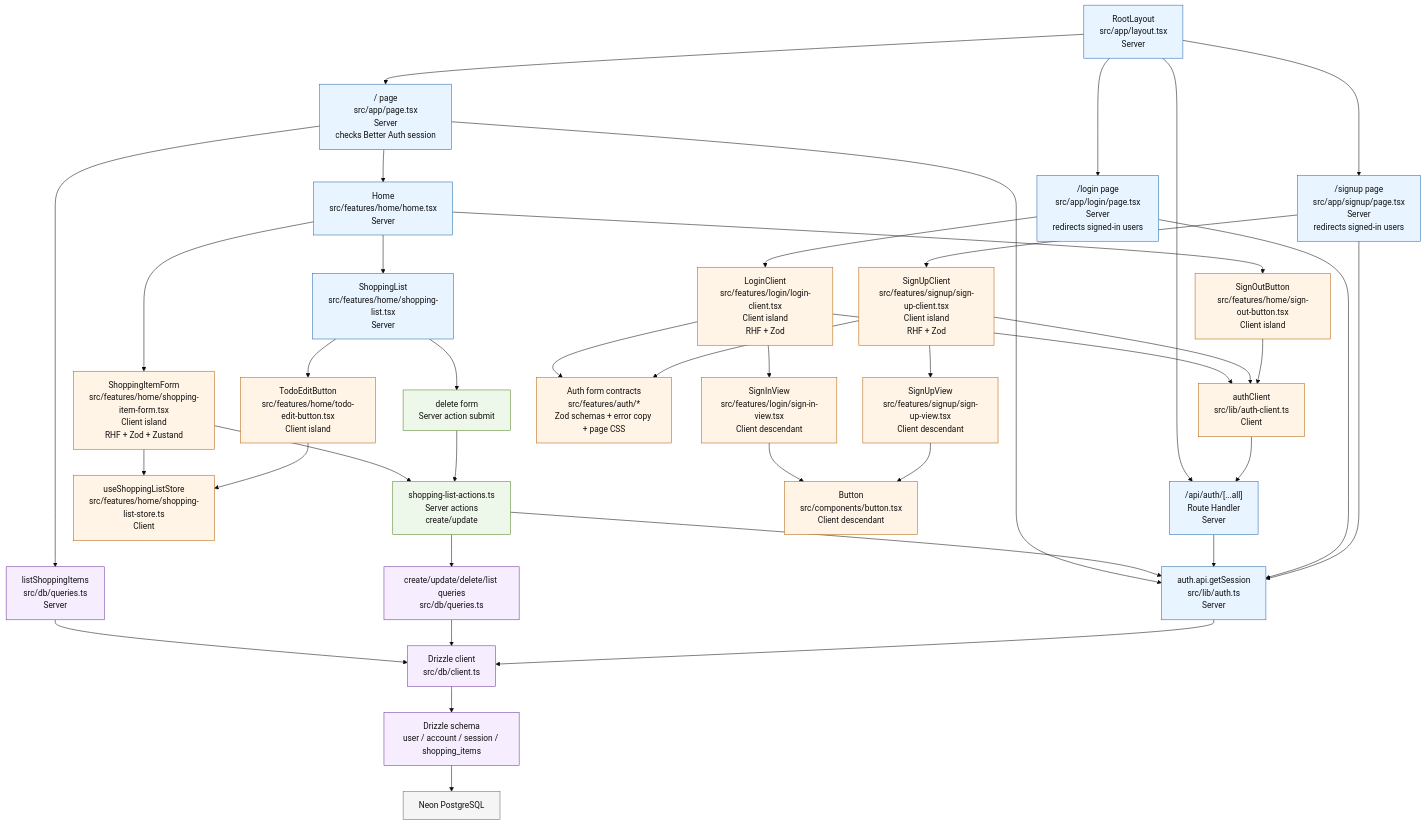
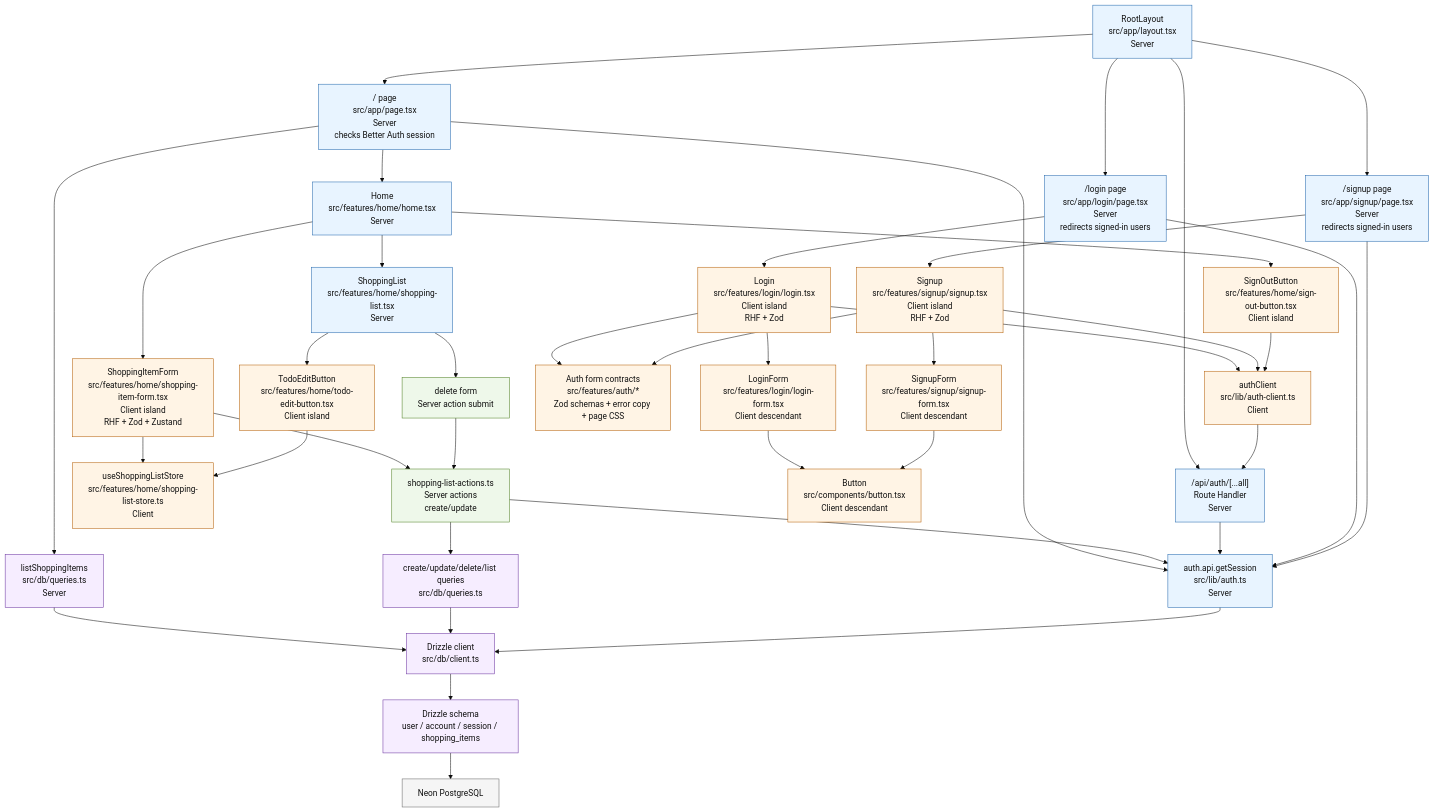
Before and after one commit to mirzaianov/shopping-list: the diagram in .agents/project-files/architecture/component-composition.md, drawn with Mermaid (base theme). The commit also changed 16 other files, not shown here.

Commit message:
refactor(SHL-6): Rename auth forms and view styles

````diff
--- a/.agents/project-files/architecture/component-composition.md
+++ b/.agents/project-files/architecture/component-composition.md
@@ -1,61 +1,61 @@
 ```mermaid
 flowchart TD
   %% Current Next.js App Router component composition.
   %% Blue = Server Component / server code, Orange = Client Component, Green = server action, Purple = data layer.
 
   Root["RootLayout<br/>src/app/layout.tsx<br/>Server"]:::server
 
   Root --> HomeRoute["/ page<br/>src/app/page.tsx<br/>Server<br/>checks Better Auth session"]:::server
   Root --> LoginRoute["/login page<br/>src/app/login/page.tsx<br/>Server<br/>redirects signed-in users"]:::server
   Root --> SignUpRoute["/signup page<br/>src/app/signup/page.tsx<br/>Server<br/>redirects signed-in users"]:::server
   Root --> AuthRoute["/api/auth/[...all]<br/>Route Handler<br/>Server"]:::server
 
   HomeRoute --> AuthServer["auth.api.getSession<br/>src/lib/auth.ts<br/>Server"]:::server
   HomeRoute --> ListQuery["listShoppingItems<br/>src/db/queries.ts<br/>Server"]:::data
   HomeRoute --> Home["Home<br/>src/features/home/home.tsx<br/>Server"]:::server
 
   Home --> SignOutButton["SignOutButton<br/>src/features/home/sign-out-button.tsx<br/>Client island"]:::client
   Home --> ShoppingItemForm["ShoppingItemForm<br/>src/features/home/shopping-item-form.tsx<br/>Client island<br/>RHF + Zod + Zustand"]:::client
   Home --> ShoppingList["ShoppingList<br/>src/features/home/shopping-list.tsx<br/>Server"]:::server
 
   ShoppingItemForm --> Store["useShoppingListStore<br/>src/features/home/shopping-list-store.ts<br/>Client"]:::client
   ShoppingItemForm --> ItemActions["shopping-list-actions.ts<br/>Server actions<br/>create/update"]:::action
 
   ShoppingList --> TodoEditButton["TodoEditButton<br/>src/features/home/todo-edit-button.tsx<br/>Client island"]:::client
   ShoppingList --> DeleteForm["delete form<br/>Server action submit"]:::action
   DeleteForm --> ItemActions
   TodoEditButton --> Store
 
   ItemActions --> AuthServer
   ItemActions --> Queries["create/update/delete/list queries<br/>src/db/queries.ts"]:::data
   ListQuery --> DbClient["Drizzle client<br/>src/db/client.ts"]:::data
   Queries --> DbClient
   AuthServer --> DbClient
   AuthRoute --> AuthServer
 
   DbClient --> Schema["Drizzle schema<br/>user / account / session / shopping_items"]:::data
   Schema --> Neon["Neon PostgreSQL"]:::external
 
   LoginRoute --> AuthServer
-  LoginRoute --> LoginClient["LoginClient<br/>src/features/login/login-client.tsx<br/>Client island<br/>RHF + Zod"]:::client
-  LoginClient --> SignInView["SignInView<br/>src/features/login/sign-in-view.tsx<br/>Client descendant"]:::client
-  LoginClient --> AuthForms["Auth form contracts<br/>src/features/auth/*<br/>Zod schemas + error copy + page CSS"]:::client
-  LoginClient --> AuthClient["authClient<br/>src/lib/auth-client.ts<br/>Client"]:::client
+  LoginRoute --> Login["Login<br/>src/features/login/login.tsx<br/>Client island<br/>RHF + Zod"]:::client
+  Login --> LoginForm["LoginForm<br/>src/features/login/login-form.tsx<br/>Client descendant"]:::client
+  Login --> AuthForms["Auth form contracts<br/>src/features/auth/*<br/>Zod schemas + error copy + page CSS"]:::client
+  Login --> AuthClient["authClient<br/>src/lib/auth-client.ts<br/>Client"]:::client
 
   SignUpRoute --> AuthServer
-  SignUpRoute --> SignUpClient["SignUpClient<br/>src/features/signup/sign-up-client.tsx<br/>Client island<br/>RHF + Zod"]:::client
-  SignUpClient --> SignUpView["SignUpView<br/>src/features/signup/sign-up-view.tsx<br/>Client descendant"]:::client
-  SignUpClient --> AuthForms
-  SignUpClient --> AuthClient
+  SignUpRoute --> Signup["Signup<br/>src/features/signup/signup.tsx<br/>Client island<br/>RHF + Zod"]:::client
+  Signup --> SignupForm["SignupForm<br/>src/features/signup/signup-form.tsx<br/>Client descendant"]:::client
+  Signup --> AuthForms
+  Signup --> AuthClient
 
-  SignInView --> Button["Button<br/>src/components/button.tsx<br/>Client descendant"]:::client
-  SignUpView --> Button
+  LoginForm --> Button["Button<br/>src/components/button.tsx<br/>Client descendant"]:::client
+  SignupForm --> Button
   SignOutButton --> AuthClient
   AuthClient --> AuthRoute
 
   classDef server fill:#e8f4ff,stroke:#2166ac,color:#111
   classDef client fill:#fff4e5,stroke:#b45f06,color:#111
   classDef action fill:#eef8ea,stroke:#4f7f22,color:#111
   classDef data fill:#f6edff,stroke:#6a329f,color:#111
   classDef external fill:#f5f5f5,stroke:#666,color:#111
 ```
````
